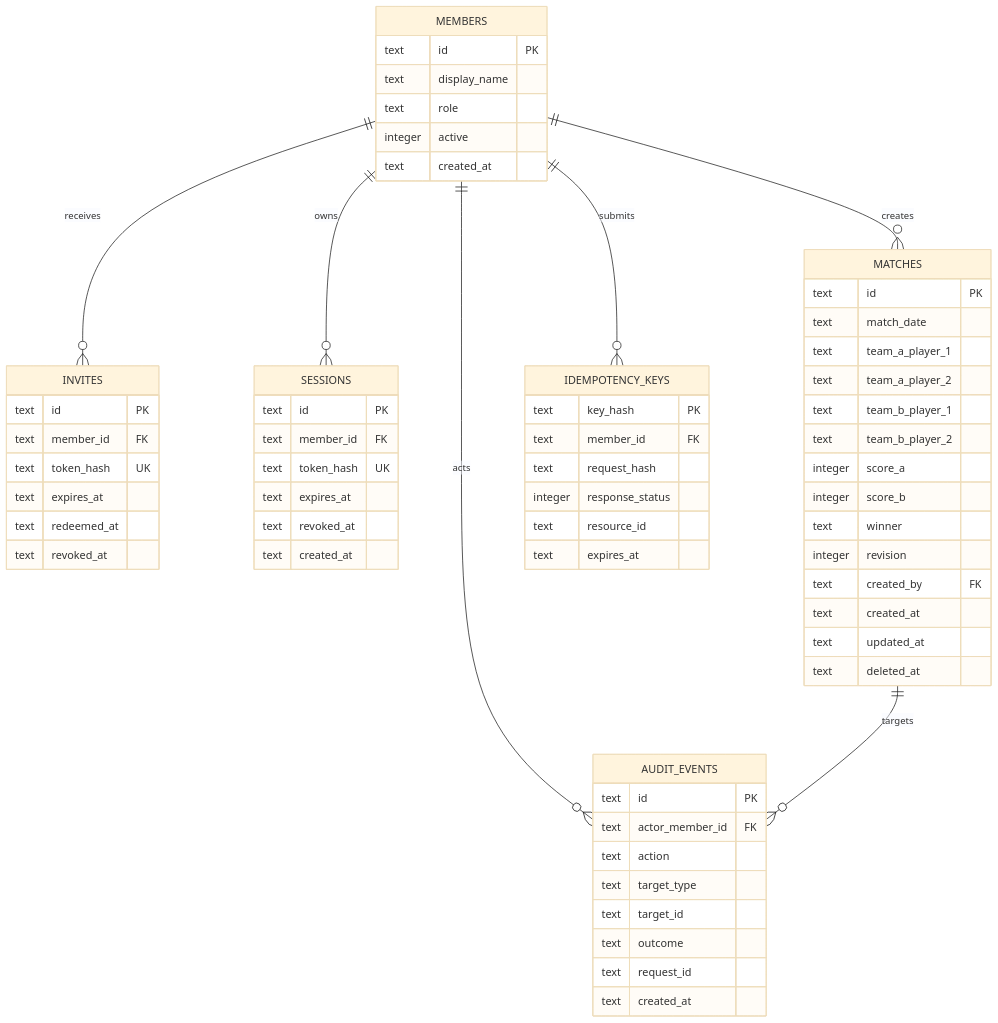
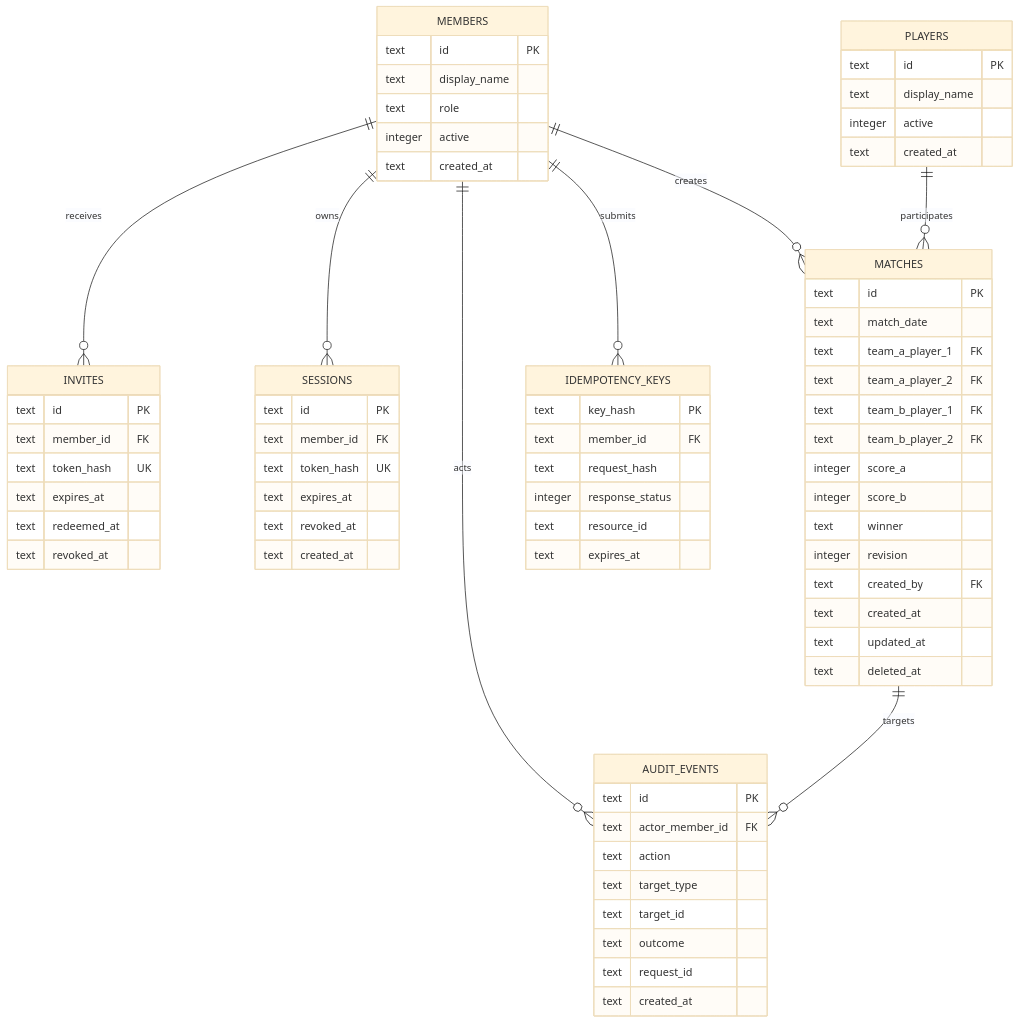
One commit to k-vikram/CourtLedger changed the fourth of 5 diagrams in docs/shared-backend-architecture.md. Above: the diagram before and after it, drawn with Mermaid (base theme). The commit also changed other lines of this file, not shown here.

Commit message:
Separate app members from match players

````diff
--- a/docs/shared-backend-architecture.md
+++ b/docs/shared-backend-architecture.md
@@ -146,67 +146,74 @@
 ```mermaid
 erDiagram
     MEMBERS ||--o{ INVITES : receives
     MEMBERS ||--o{ SESSIONS : owns
     MEMBERS ||--o{ MATCHES : creates
     MEMBERS ||--o{ AUDIT_EVENTS : acts
     MATCHES ||--o{ AUDIT_EVENTS : targets
     MEMBERS ||--o{ IDEMPOTENCY_KEYS : submits
+    PLAYERS ||--o{ MATCHES : participates
 
     MEMBERS {
         text id PK
         text display_name
         text role
+        integer active
+        text created_at
+    }
+    PLAYERS {
+        text id PK
+        text display_name
         integer active
         text created_at
     }
     INVITES {
         text id PK
         text member_id FK
         text token_hash UK
         text expires_at
         text redeemed_at
         text revoked_at
     }
     SESSIONS {
         text id PK
         text member_id FK
         text token_hash UK
         text expires_at
         text revoked_at
         text created_at
     }
     MATCHES {
         text id PK
         text match_date
-        text team_a_player_1
-        text team_a_player_2
-        text team_b_player_1
-        text team_b_player_2
+        text team_a_player_1 FK
+        text team_a_player_2 FK
+        text team_b_player_1 FK
+        text team_b_player_2 FK
         integer score_a
         integer score_b
         text winner
         integer revision
         text created_by FK
         text created_at
         text updated_at
         text deleted_at
     }
     IDEMPOTENCY_KEYS {
         text key_hash PK
         text member_id FK
         text request_hash
         integer response_status
         text resource_id
         text expires_at
     }
     AUDIT_EVENTS {
         text id PK
         text actor_member_id FK
         text action
         text target_type
         text target_id
         text outcome
         text request_id
         text created_at
     }
 ```
````
